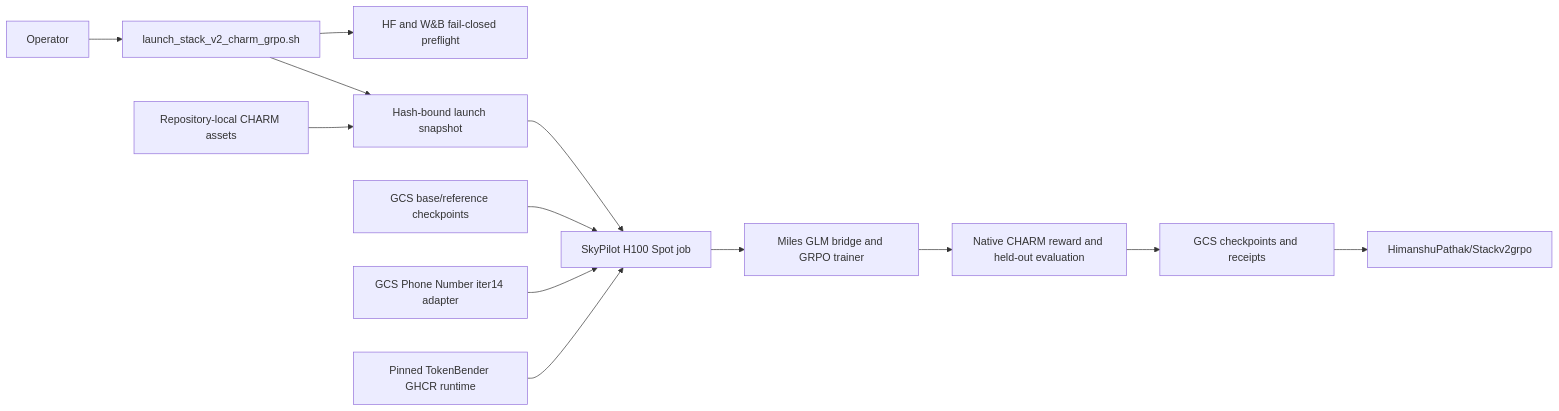
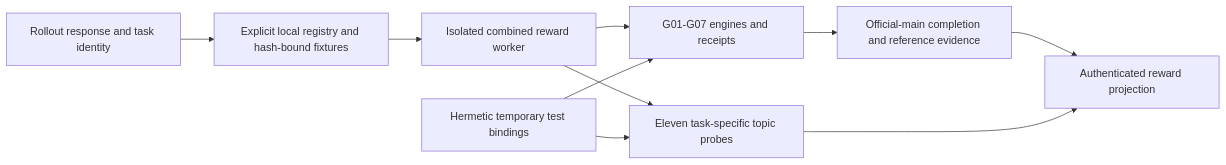
The diagram in README.md (HimanshuPathak2725/browser-is-all-you-need-upstream), drawn with Mermaid before and after one commit. The commit also changed other lines of this file and 2428 other files, not shown here.

````diff
--- a/README.md
+++ b/README.md
@@ -368,15 +196,12 @@
 ```mermaid
 flowchart LR
-  operator[Operator] --> launcher[launch_stack_v2_charm_grpo.sh]
-  launcher --> identity[HF and W&B fail-closed preflight]
-  launcher --> freeze[Hash-bound launch snapshot]
-  tasks[Repository-local CHARM assets] --> freeze
-  freeze --> sky[SkyPilot H100 Spot job]
-  gcs_model[GCS base/reference checkpoints] --> sky
-  gcs_warm[GCS Phone Number iter14 adapter] --> sky
-  image[Pinned TokenBender GHCR runtime] --> sky
-  sky --> miles[Miles GLM bridge and GRPO trainer]
-  miles --> reward[Native CHARM reward and held-out evaluation]
-  reward --> gcs_out[GCS checkpoints and receipts]
-  gcs_out --> hf_out[HimanshuPathak/Stackv2grpo]
+  sample[Rollout response and task identity] --> bind[Explicit local registry and hash-bound fixtures]
+  bind --> worker[Isolated combined reward worker]
+  worker --> global[G01-G07 engines and receipts]
+  global --> completion[Official-main completion and reference evidence]
+  worker --> topics[Eleven task-specific topic probes]
+  completion --> reward[Authenticated reward projection]
+  topics --> reward
+  checks[Hermetic temporary test bindings] --> global
+  checks --> topics
 ```
````
